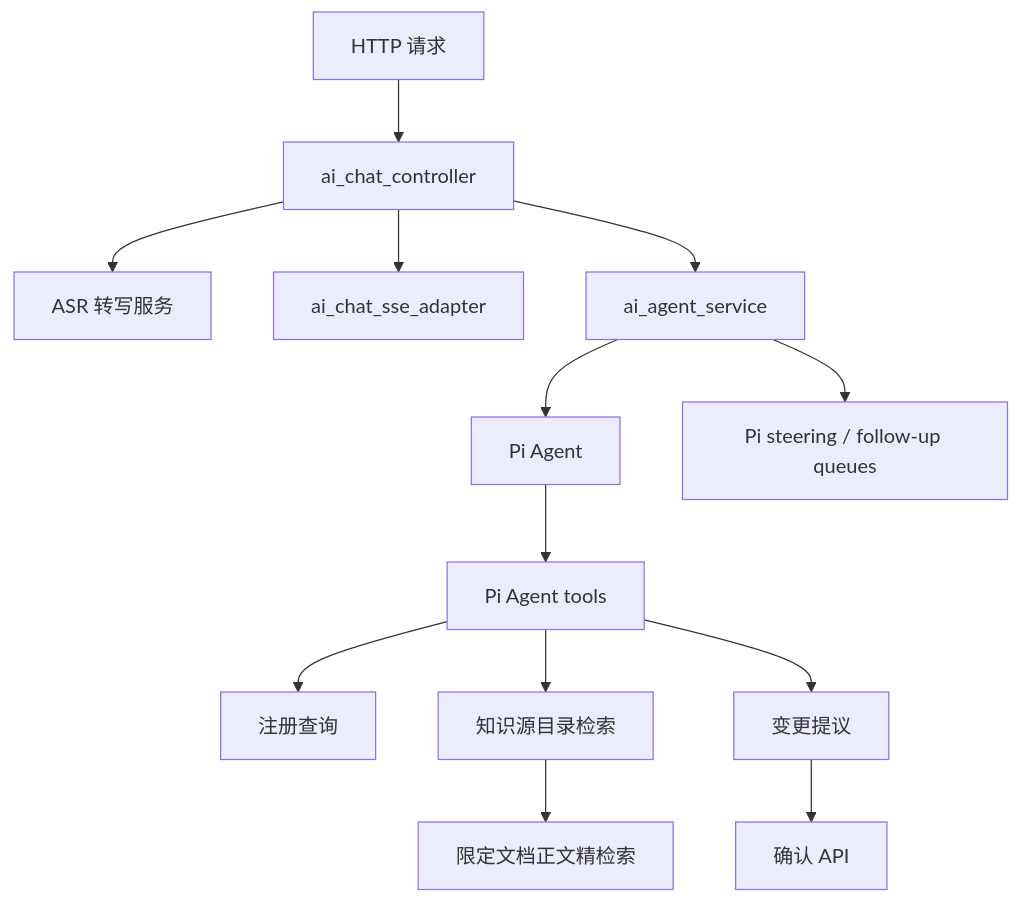
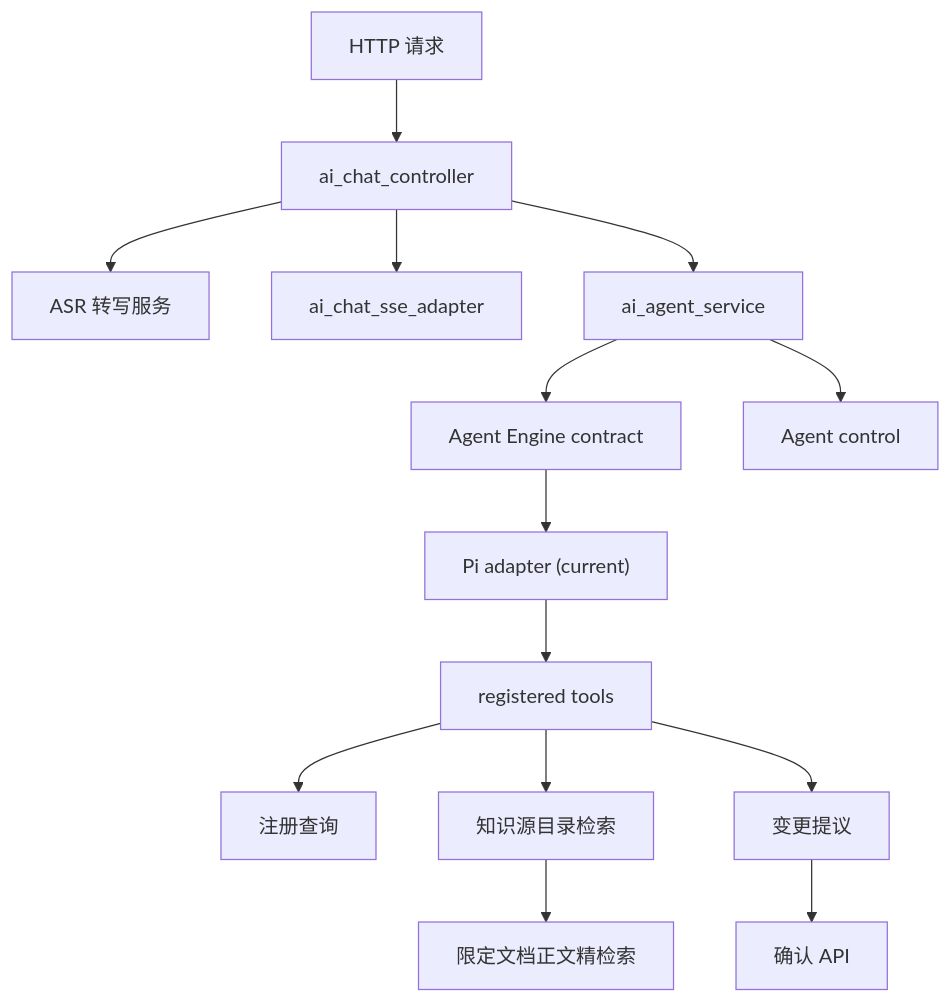
The diagram in docs/ai-assistant-architecture.md (OSpoon/api-starter-kit), drawn with Mermaid before and after one commit. The commit also changed other lines of this file and 67 other files, not shown here.

````diff
--- a/docs/ai-assistant-architecture.md
+++ b/docs/ai-assistant-architecture.md
@@ -7,15 +7,16 @@
 ```mermaid
 flowchart TB
   A["HTTP 请求"] --> B["ai_chat_controller"]
   B --> ASR["ASR 转写服务"]
   B --> C["ai_chat_sse_adapter"]
   B --> D["ai_agent_service"]
-  D --> E["Pi Agent"]
-  E --> F["Pi Agent tools"]
+  D --> E["Agent Engine contract"]
+  E --> P["Pi adapter (current)"]
+  P --> F["registered tools"]
   F --> G["注册查询"]
   F --> H["知识源目录检索"]
   H --> H2["限定文档正文精检索"]
   F --> I["变更提议"]
   I --> J["确认 API"]
-  D --> K["Pi steering / follow-up queues"]
+  D --> K["Agent control"]
 ```
````
